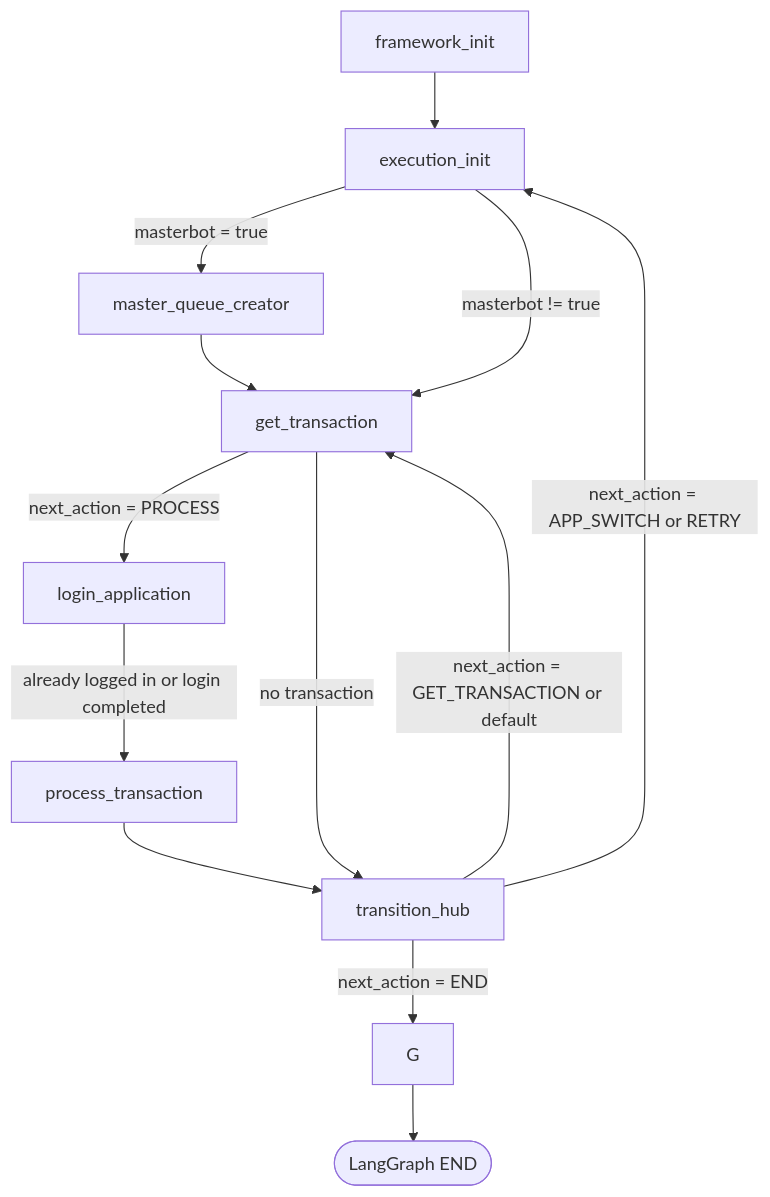
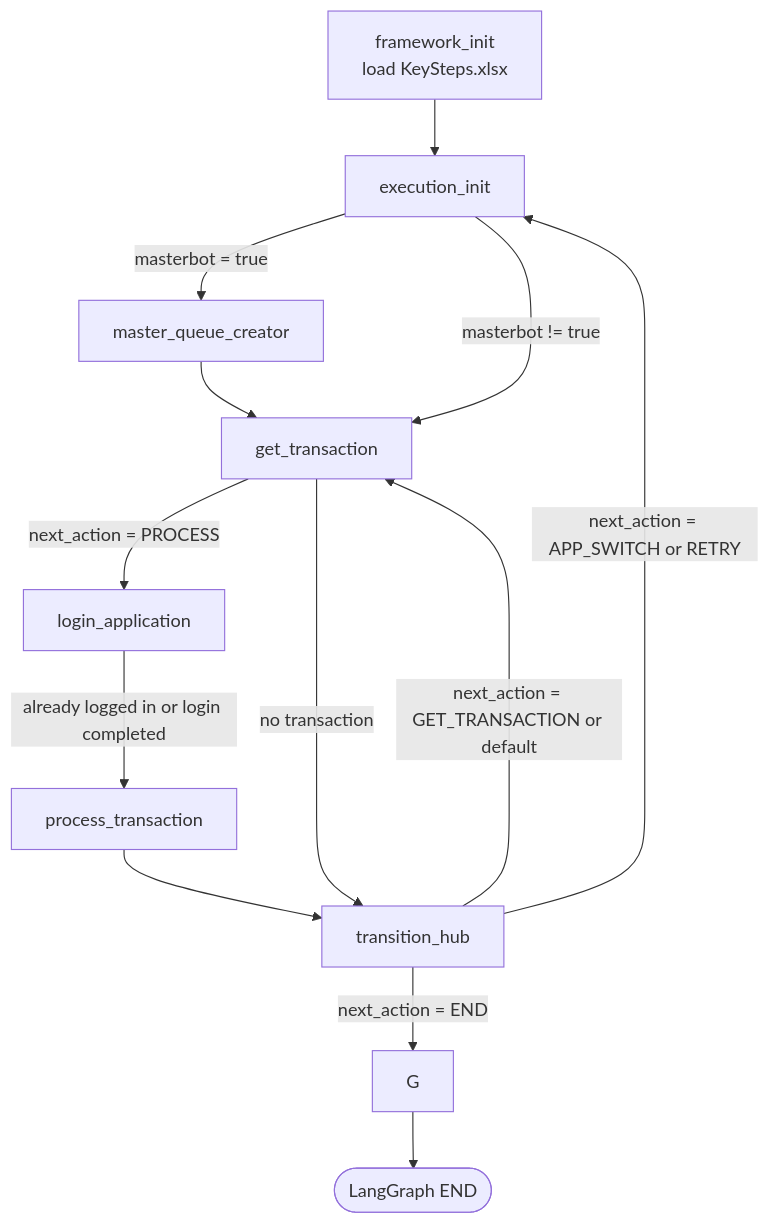
Before and after one commit to Venkateswaran-Krishnan/OrqFlow_V0.1: the diagram in docs/graph-flowchart.md, drawn with Mermaid. The commit also changed other lines of this file and 5 other files, not shown here.

Commit message:
Load KeySteps during framework initialization

````diff
--- a/docs/graph-flowchart.md
+++ b/docs/graph-flowchart.md
@@ -3,21 +3,21 @@
 ```mermaid
 flowchart TD
-    A[framework_init] --> B[execution_init]
+    A[framework_init<br/>load KeySteps.xlsx] --> B[execution_init]
 
     B -->|masterbot = true| C[master_queue_creator]
     B -->|masterbot != true| D[get_transaction]
 
     C --> D
 
     D -->|next_action = PROCESS| E[login_application]
     D -->|no transaction| F[transition_hub]
 
     E -->|already logged in or login completed| I[process_transaction]
     I --> F[transition_hub]
 
     F -->|next_action = APP_SWITCH or RETRY| B
     F -->|next_action = GET_TRANSACTION or default| D
     F -->|next_action = END| G
 
     G --> H([LangGraph END])
 ```
````
